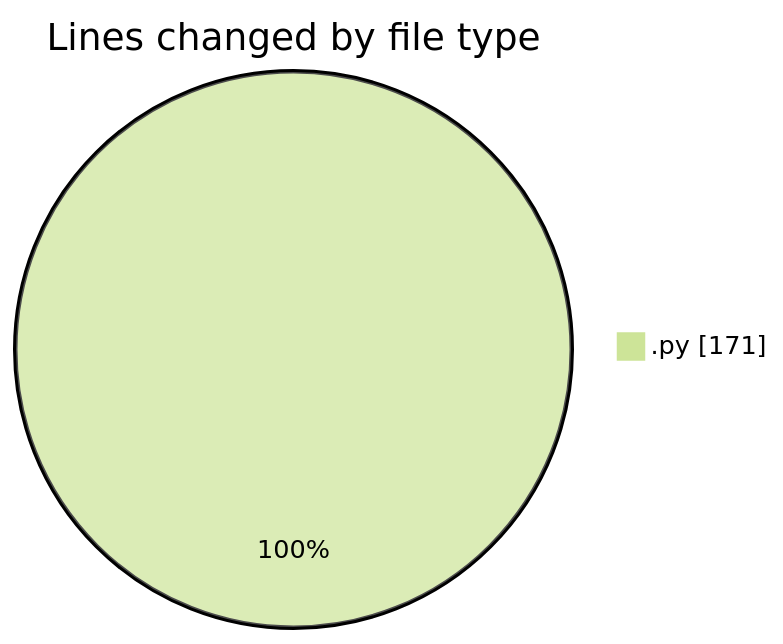
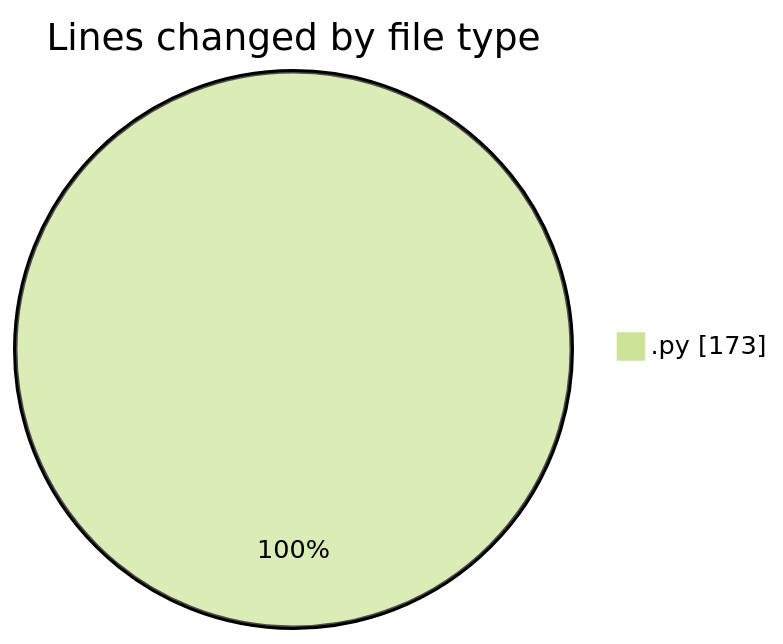
One commit to hasnaa123/code-tracking changed the first of 2 diagrams in 2026-02-22/student_performance_system/README.md. Above: the diagram before and after it, drawn with Mermaid (forest theme). The commit also changed other lines of this file and 1 other file, not shown here.

````diff
--- a/2026-02-22/student_performance_system/README.md
+++ b/2026-02-22/student_performance_system/README.md
@@ -20,5 +20,5 @@
 ```mermaid
 pie showData
 title Lines changed by file type
-".py" : 171
+".py" : 173
 ```
````
